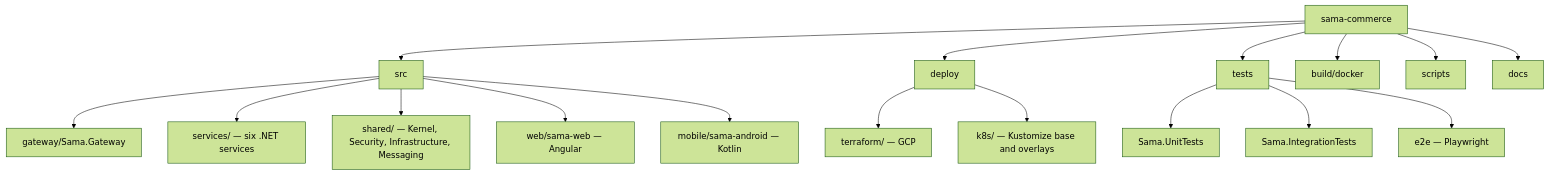
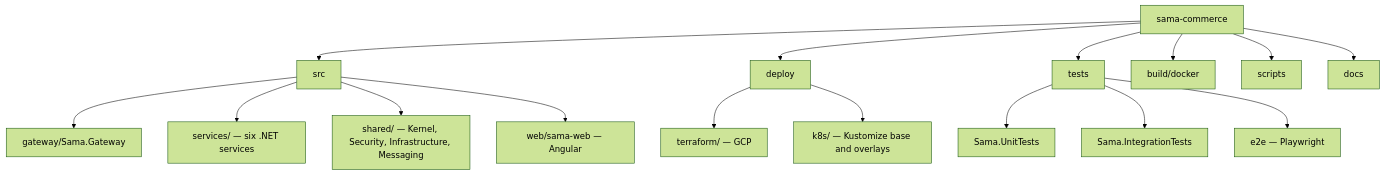
Before and after one commit to ahmedselimmansor-ctrl/full-stack-Angular-Asp.Net-commerce: diagram 19 of 19 in README.md, drawn with Mermaid (forest theme). The commit also changed other lines of this file and 44 other files, not shown here.

````diff
--- a/README.md
+++ b/README.md
@@ -737,22 +734,21 @@
 ```mermaid
 flowchart TB
     root["sama-commerce"] --> src[src]
     root --> deploy[deploy]
     root --> tests[tests]
     root --> build["build/docker"]
     root --> scripts[scripts]
     root --> docs[docs]
 
     src --> gateway["gateway/Sama.Gateway"]
     src --> services["services/ — six .NET services"]
     src --> shared["shared/ — Kernel, Security, Infrastructure, Messaging"]
     src --> webdir["web/sama-web — Angular"]
-    src --> mobile["mobile/sama-android — Kotlin"]
 
     deploy --> tf["terraform/ — GCP"]
     deploy --> k8s["k8s/ — Kustomize base and overlays"]
 
     tests --> ut["Sama.UnitTests"]
     tests --> it["Sama.IntegrationTests"]
     tests --> e2edir["e2e — Playwright"]
 ```
````
